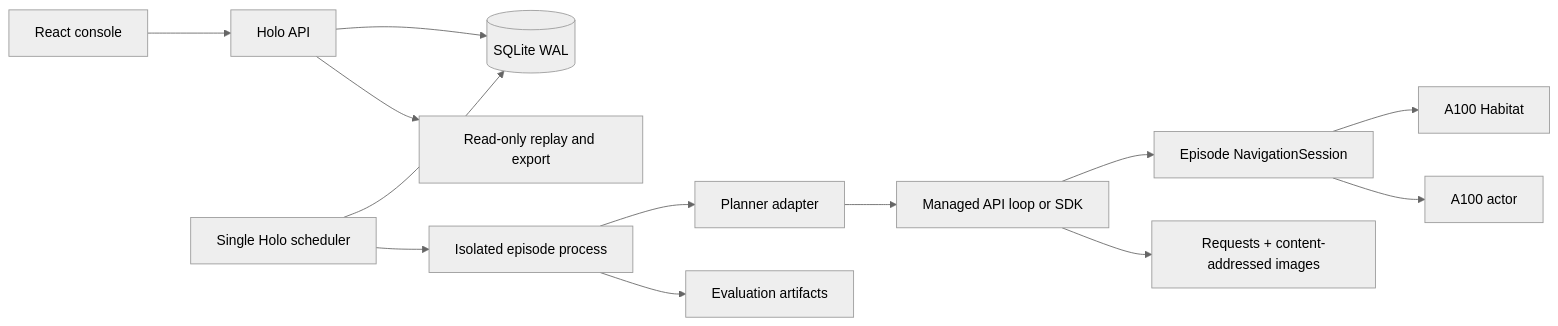
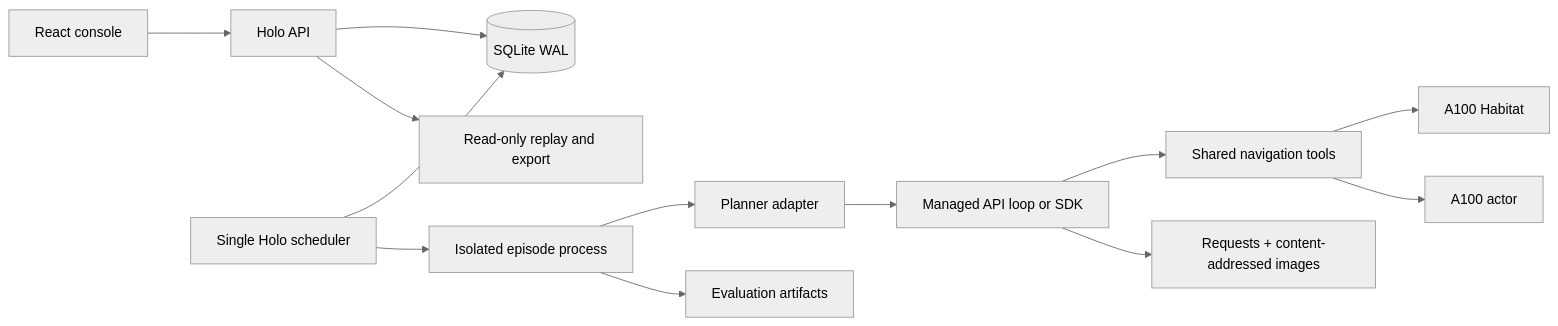
One commit to AhernResearch/open-nav-harness changed the first of 2 diagrams in docs/ARCHITECTURE.md. Above: the diagram before and after it, drawn with Mermaid (neutral theme). The commit also changed other lines of this file and 14 other files, not shown here.

````diff
--- a/docs/ARCHITECTURE.md
+++ b/docs/ARCHITECTURE.md
@@ -16,15 +16,15 @@
 ```mermaid
 flowchart LR
     UI[React console] --> API[Holo API]
     API --> DB[(SQLite WAL)]
     Worker[Single Holo scheduler] --> DB
     Worker --> Episode[Isolated episode process]
     Episode --> Planner[Planner adapter]
     Planner --> Loop[Managed API loop or SDK]
-    Loop --> MCP[Episode NavigationSession]
-    MCP --> Env[A100 Habitat]
-    MCP --> VLA[A100 actor]
+    Loop --> Tools[Shared navigation tools]
+    Tools --> Env[A100 Habitat]
+    Tools --> VLA[A100 actor]
     Loop --> Trace[Requests + content-addressed images]
     Episode --> Results[Evaluation artifacts]
     API --> Replay[Read-only replay and export]
 ```
````
